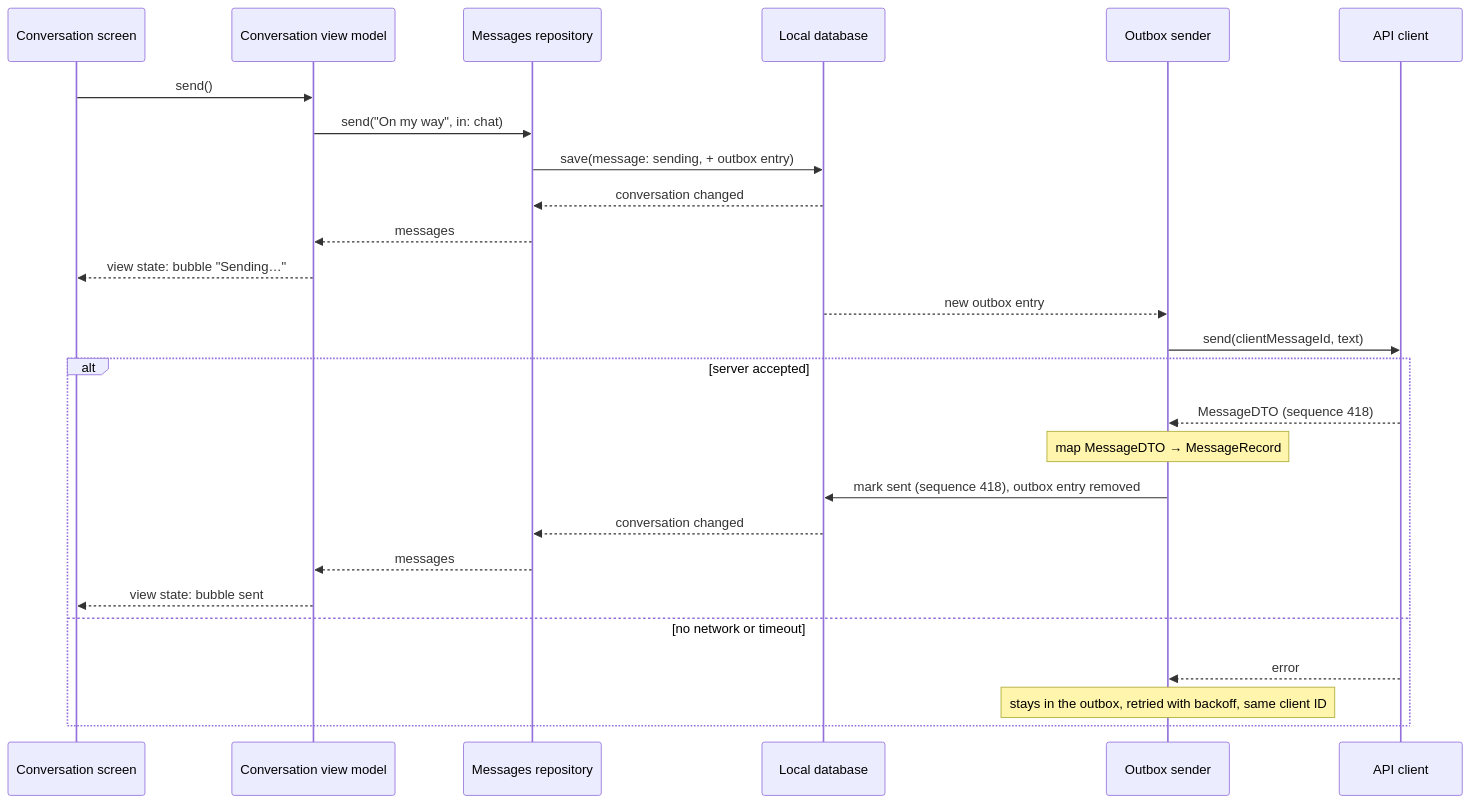
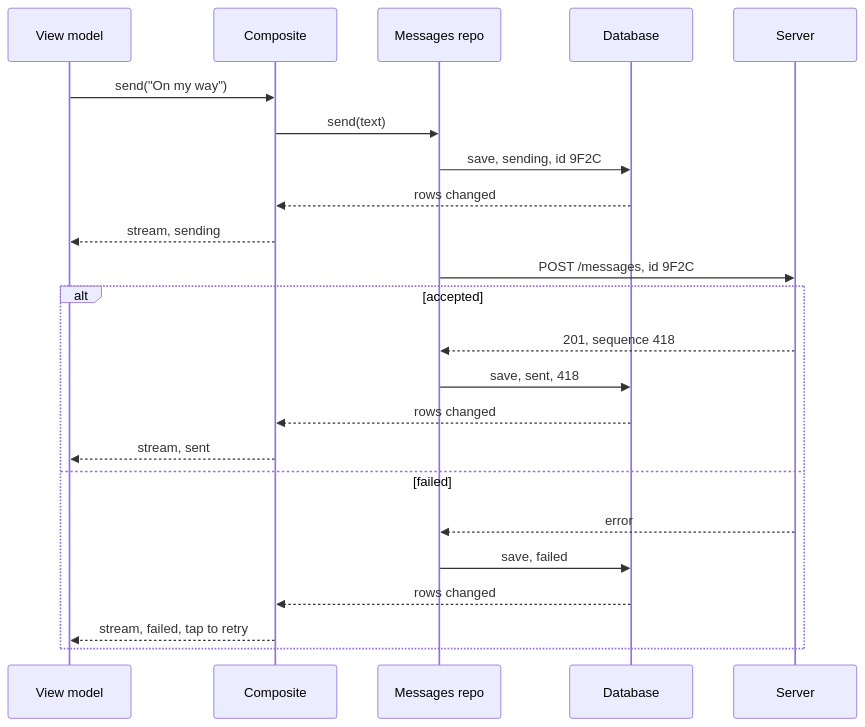
One commit to rezabina86/reference-desk changed the second of 4 diagrams in topics/system-design/03-chat-client.md. Above: the diagram before and after it, drawn with Mermaid. The commit also changed other lines of this file and 5 other files, not shown here.

````diff
--- a/topics/system-design/03-chat-client.md
+++ b/topics/system-design/03-chat-client.md
@@ -516,28 +336,25 @@
 ```mermaid
 sequenceDiagram
-  participant V as Conversation screen
-  participant VM as Conversation view model
-  participant R as Messages repository
-  participant DB as Local database
-  participant O as Outbox sender
-  participant A as API client
-  V->>VM: send()
-  VM->>R: send("On my way", in: chat)
-  R->>DB: save(message: sending, + outbox entry)
-  DB-->>R: conversation changed
-  R-->>VM: messages
-  VM-->>V: view state: bubble "Sending…"
-  DB-->>O: new outbox entry
-  O->>A: send(clientMessageId, text)
-  alt server accepted
-    A-->>O: MessageDTO (sequence 418)
-    Note over O: map MessageDTO → MessageRecord
-    O->>DB: mark sent (sequence 418), outbox entry removed
-    DB-->>R: conversation changed
-    R-->>VM: messages
-    VM-->>V: view state: bubble sent
-  else no network or timeout
-    A-->>O: error
-    Note over O: stays in the outbox, retried with backoff, same client ID
+  participant VM as View model
+  participant C as Composite
+  participant M as Messages repo
+  participant DB as Database
+  participant S as Server
+  VM->>C: send("On my way")
+  C->>M: send(text)
+  M->>DB: save, sending, id 9F2C
+  DB-->>C: rows changed
+  C-->>VM: stream, sending
+  M->>S: POST /messages, id 9F2C
+  alt accepted
+    S-->>M: 201, sequence 418
+    M->>DB: save, sent, 418
+    DB-->>C: rows changed
+    C-->>VM: stream, sent
+  else failed
+    S-->>M: error
+    M->>DB: save, failed
+    DB-->>C: rows changed
+    C-->>VM: stream, failed, tap to retry
   end
 ```
````
